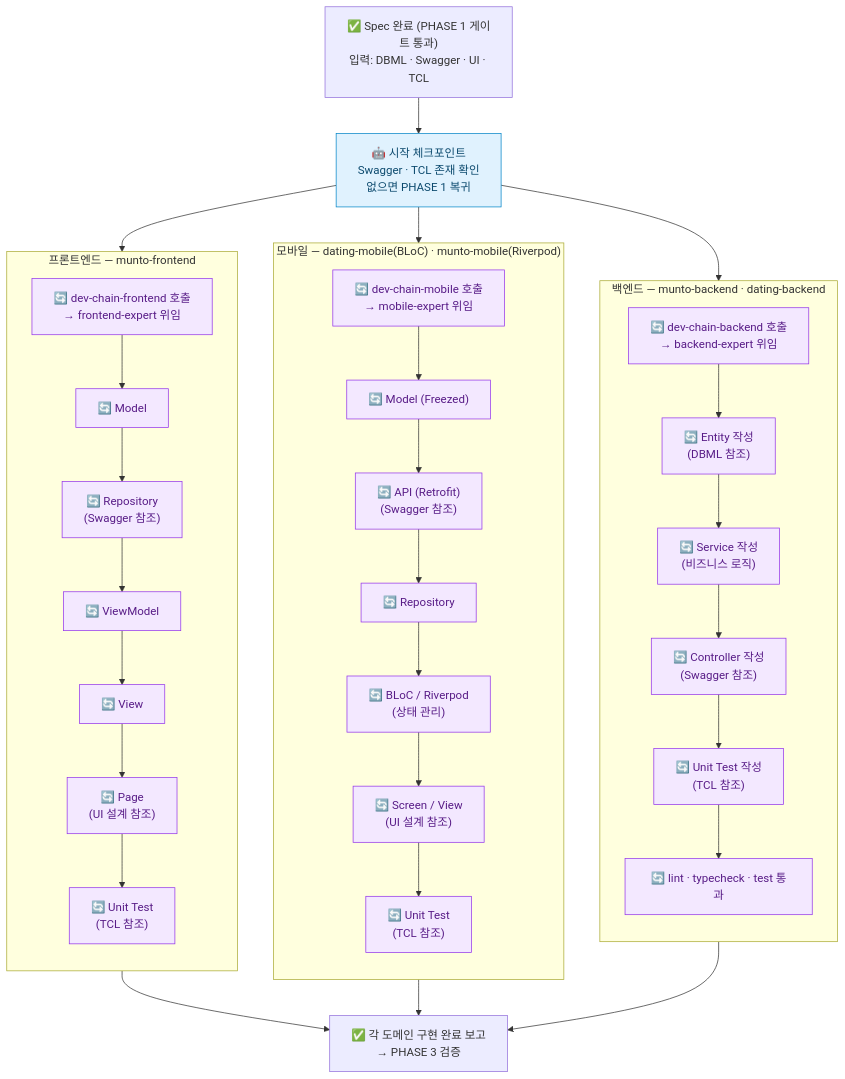
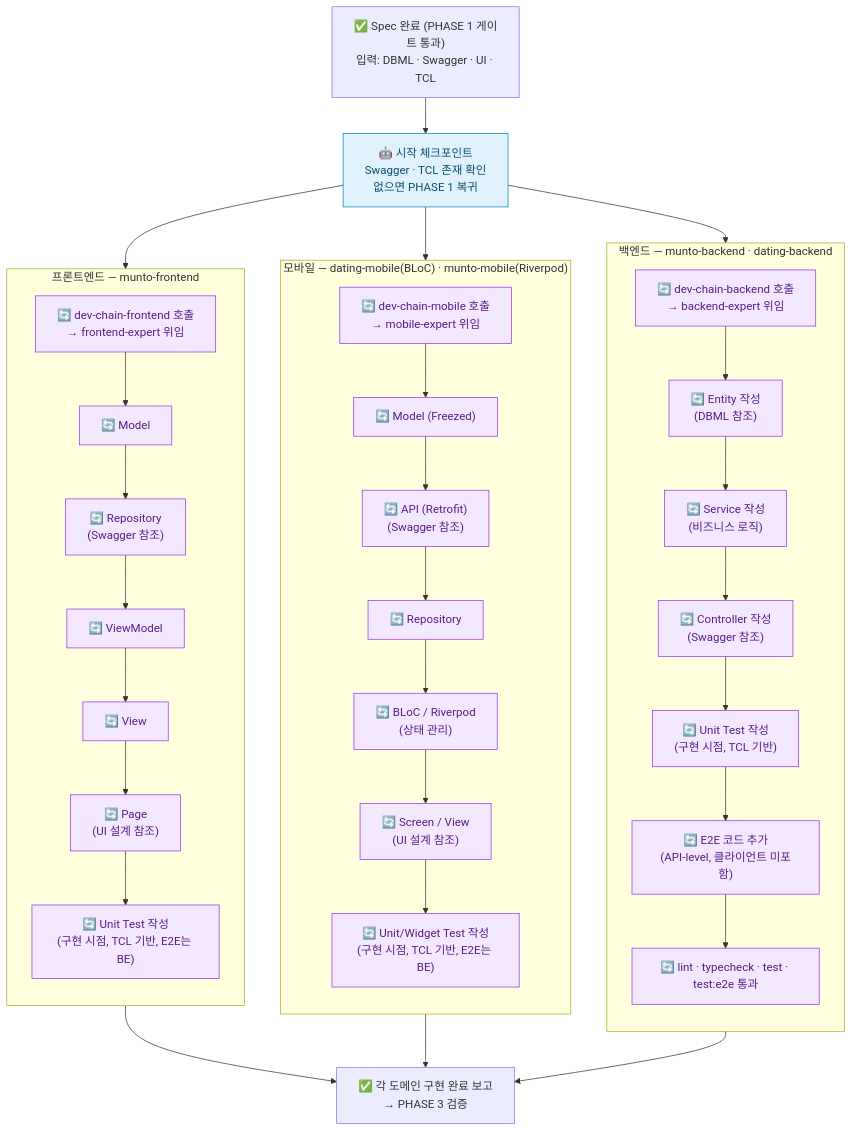
Before and after one commit to gracegyu/munto-dev-assistant-report: the sixth of 10 diagrams in reports/2026-05-harness-TO-BE.md, drawn with Mermaid. The commit also changed other lines of this file and 2 other files, not shown here.

Commit message:
Task 7-9 (권장, TO-BE §4.7.8) — 테스트 전략: 케이스는 설계·코드는 구현(Task 단위) + API-level E2E

````diff
--- a/reports/2026-05-harness-TO-BE.md
+++ b/reports/2026-05-harness-TO-BE.md
@@ -613,55 +617,56 @@
 ```mermaid
 flowchart TD
     SPEC["✅ Spec 완료 (PHASE 1 게이트 통과)<br/>입력: DBML · Swagger · UI · TCL"]
     CHECK["🤖 시작 체크포인트<br/>Swagger · TCL 존재 확인<br/>없으면 PHASE 1 복귀"]:::ai
 
     subgraph BE_BLOCK ["백엔드 — munto-backend · dating-backend"]
         direction TB
         BE0["🔄 dev-chain-backend 호출<br/>→ backend-expert 위임"]:::collab
         BE1["🔄 Entity 작성<br/>(DBML 참조)"]:::collab
         BE2["🔄 Service 작성<br/>(비즈니스 로직)"]:::collab
         BE3["🔄 Controller 작성<br/>(Swagger 참조)"]:::collab
-        BE4["🔄 Unit Test 작성<br/>(TCL 참조)"]:::collab
-        BE5["🔄 lint · typecheck · test 통과"]:::collab
-        BE0 --> BE1 --> BE2 --> BE3 --> BE4 --> BE5
+        BE4["🔄 Unit Test 작성<br/>(구현 시점, TCL 기반)"]:::collab
+        BE4E["🔄 E2E 코드 추가<br/>(API-level, 클라이언트 미포함)"]:::collab
+        BE5["🔄 lint · typecheck · test · test:e2e 통과"]:::collab
+        BE0 --> BE1 --> BE2 --> BE3 --> BE4 --> BE4E --> BE5
     end
 
     subgraph APP_BLOCK ["모바일 — dating-mobile(BLoC) · munto-mobile(Riverpod)"]
         direction TB
         APP0["🔄 dev-chain-mobile 호출<br/>→ mobile-expert 위임"]:::collab
         APP1["🔄 Model (Freezed)"]:::collab
         APP2["🔄 API (Retrofit)<br/>(Swagger 참조)"]:::collab
         APP3["🔄 Repository"]:::collab
         APP4["🔄 BLoC / Riverpod<br/>(상태 관리)"]:::collab
         APP5["🔄 Screen / View<br/>(UI 설계 참조)"]:::collab
-        APP6["🔄 Unit Test<br/>(TCL 참조)"]:::collab
+        APP6["🔄 Unit/Widget Test 작성<br/>(구현 시점, TCL 기반, E2E는 BE)"]:::collab
         APP0 --> APP1 --> APP2 --> APP3 --> APP4 --> APP5 --> APP6
     end
 
     subgraph FE_BLOCK ["프론트엔드 — munto-frontend"]
         direction TB
         FE0["🔄 dev-chain-frontend 호출<br/>→ frontend-expert 위임"]:::collab
         FE1["🔄 Model"]:::collab
         FE2["🔄 Repository<br/>(Swagger 참조)"]:::collab
         FE3["🔄 ViewModel"]:::collab
         FE4["🔄 View"]:::collab
         FE5["🔄 Page<br/>(UI 설계 참조)"]:::collab
-        FE6["🔄 Unit Test<br/>(TCL 참조)"]:::collab
+        FE6["🔄 Unit Test 작성<br/>(구현 시점, TCL 기반, E2E는 BE)"]:::collab
         FE0 --> FE1 --> FE2 --> FE3 --> FE4 --> FE5 --> FE6
     end
 
     DONE["✅ 각 도메인 구현 완료 보고<br/>→ PHASE 3 검증"]
 
     SPEC --> CHECK
     CHECK --> BE0
     CHECK --> APP0
     CHECK --> FE0
     BE5 --> DONE
     APP6 --> DONE
     FE6 --> DONE
 
     classDef ai fill:#e0f2fe,stroke:#0284c7,color:#0c4a6e
     classDef human fill:#fef3c7,stroke:#d97706,color:#78350f
     classDef collab fill:#f3e8ff,stroke:#9333ea,color:#581c87
     classDef gate fill:#fee2e2,stroke:#dc2626,color:#7f1d1d,stroke-width:3px
 ```
````
